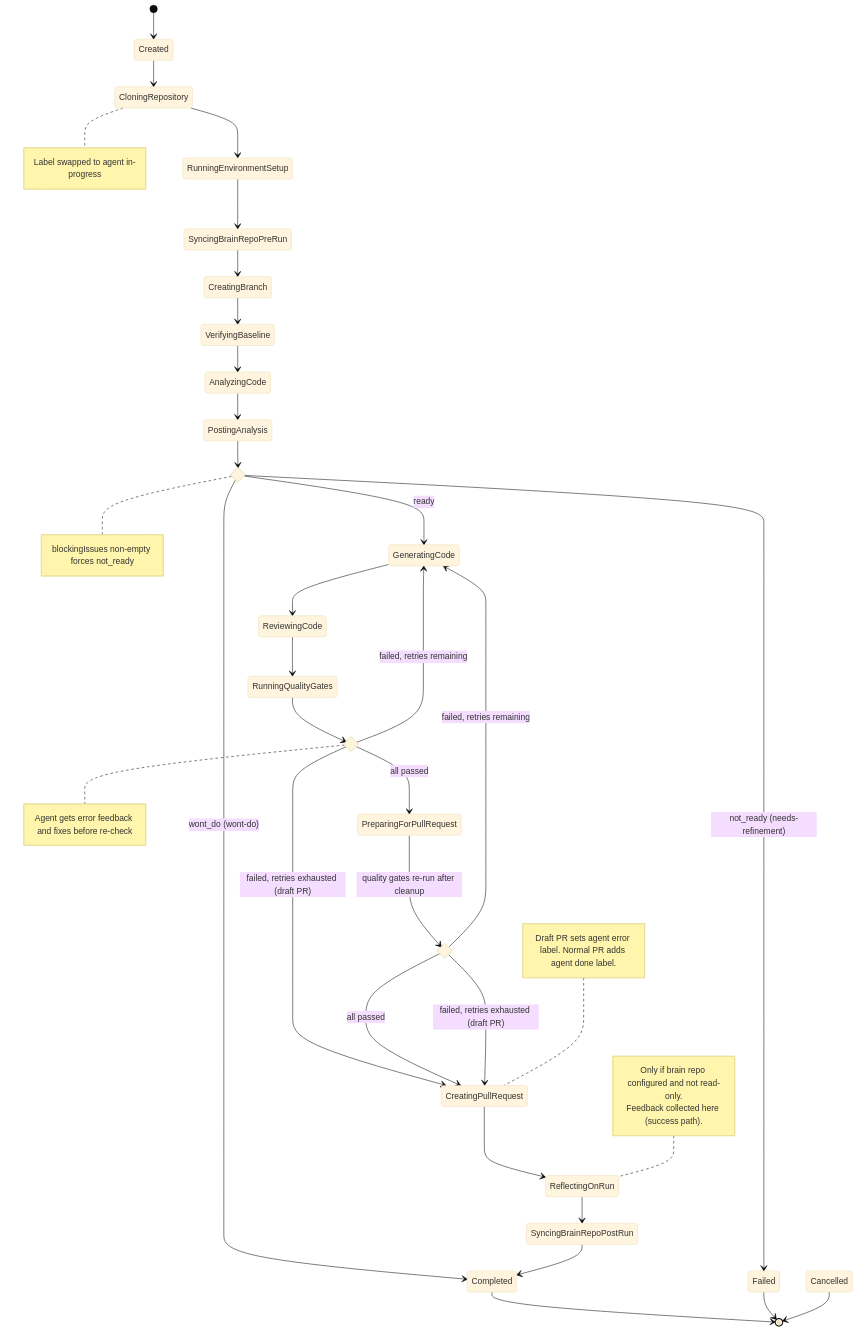
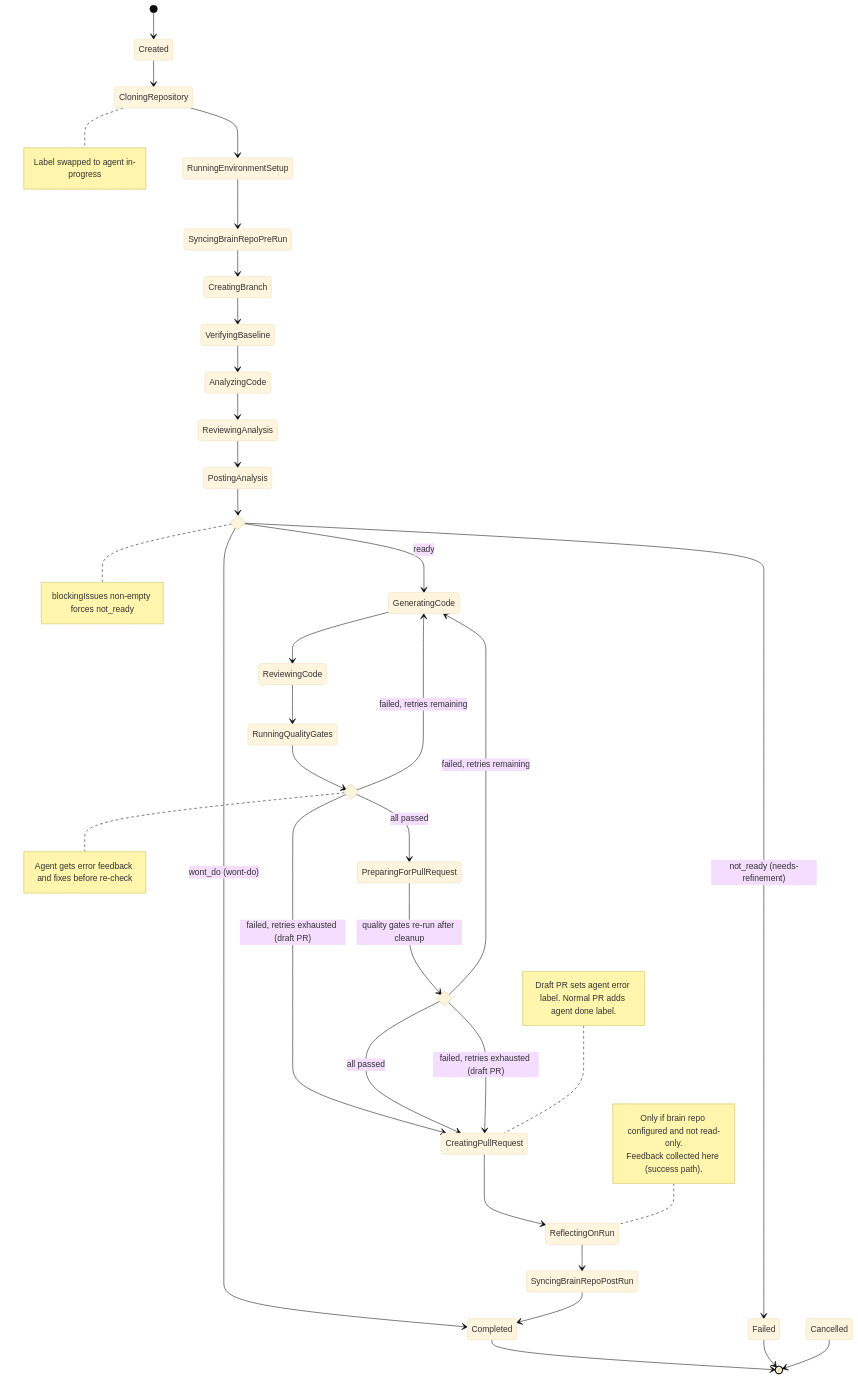
The first of 10 diagrams in docs/pipeline-orchestration.md (Chemsorly/coding-agent-automation), drawn with Mermaid (base theme) before and after one commit. The commit also changed other lines of this file and 5 other files, not shown here.

````diff
--- a/docs/pipeline-orchestration.md
+++ b/docs/pipeline-orchestration.md
@@ -13,59 +13,59 @@
 ```mermaid
 stateDiagram-v2
     direction TB
 
     [*] --> Created
     Created --> CloningRepository
     CloningRepository --> RunningEnvironmentSetup
     RunningEnvironmentSetup --> SyncingBrainRepoPreRun
     SyncingBrainRepoPreRun --> CreatingBranch
     CreatingBranch --> VerifyingBaseline
     VerifyingBaseline --> AnalyzingCode
-    AnalyzingCode --> PostingAnalysis
+    AnalyzingCode --> ReviewingAnalysis
+    ReviewingAnalysis --> PostingAnalysis
 
     state ConfidenceGate <<choice>>
     PostingAnalysis --> ConfidenceGate
     ConfidenceGate --> GeneratingCode : ready
     ConfidenceGate --> Failed : not_ready (needs-refinement)
     ConfidenceGate --> Completed : wont_do (wont-do)
-
     GeneratingCode --> ReviewingCode
     ReviewingCode --> RunningQualityGates
 
     state QualityGateDecision <<choice>>
     RunningQualityGates --> QualityGateDecision
     QualityGateDecision --> PreparingForPullRequest : all passed
     QualityGateDecision --> GeneratingCode : failed, retries remaining
     QualityGateDecision --> CreatingPullRequest : failed, retries exhausted (draft PR)
 
     state FinalQualityCheck <<choice>>
     PreparingForPullRequest --> FinalQualityCheck : quality gates re-run after cleanup
     FinalQualityCheck --> CreatingPullRequest : all passed
     FinalQualityCheck --> GeneratingCode : failed, retries remaining
     FinalQualityCheck --> CreatingPullRequest : failed, retries exhausted (draft PR)
 
     CreatingPullRequest --> ReflectingOnRun
     ReflectingOnRun --> SyncingBrainRepoPostRun
     SyncingBrainRepoPostRun --> Completed
 
     Completed --> [*]
     Failed --> [*]
     Cancelled --> [*]
 
     note right of CloningRepository
         Label swapped to agent in-progress
     end note
     note right of ConfidenceGate
         blockingIssues non-empty forces not_ready
     end note
     note right of QualityGateDecision
         Agent gets error feedback and fixes before re-check
     end note
     note left of CreatingPullRequest
         Draft PR sets agent error label. Normal PR adds agent done label.
     end note
     note left of ReflectingOnRun
         Only if brain repo configured and not read-only.
         Feedback collected here (success path).
     end note
 ```
````
